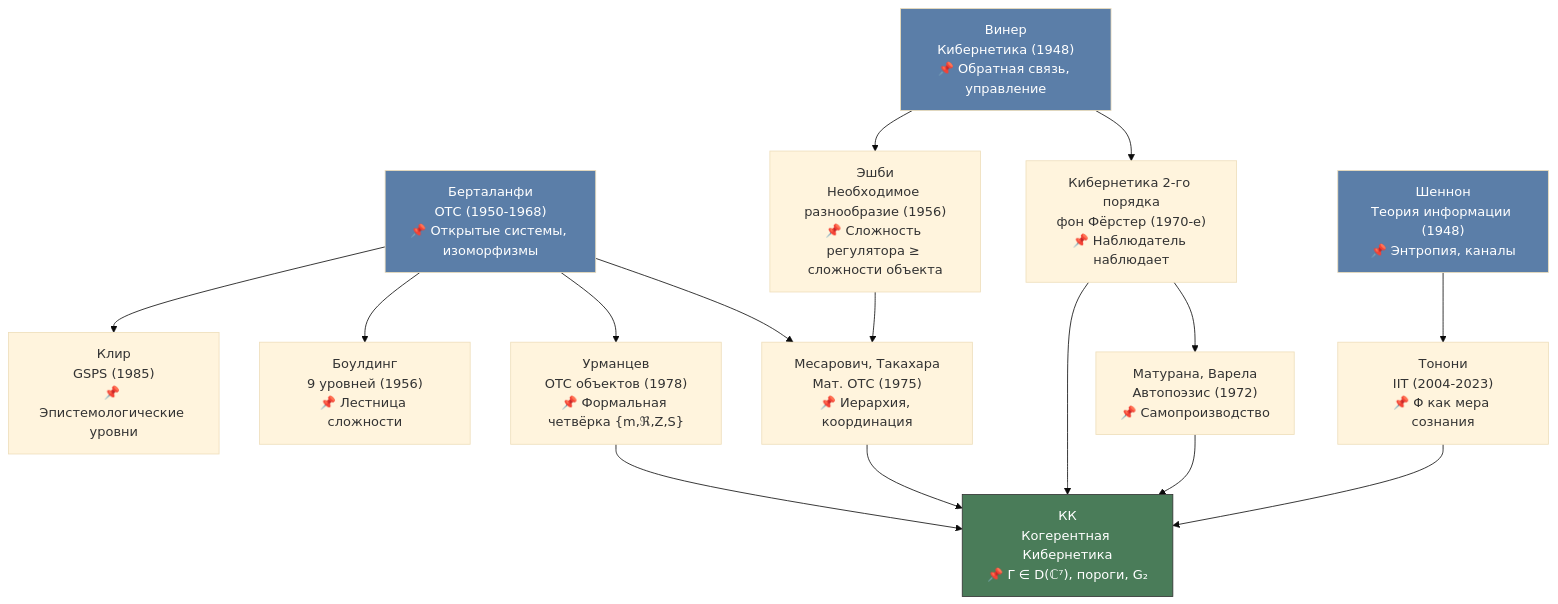
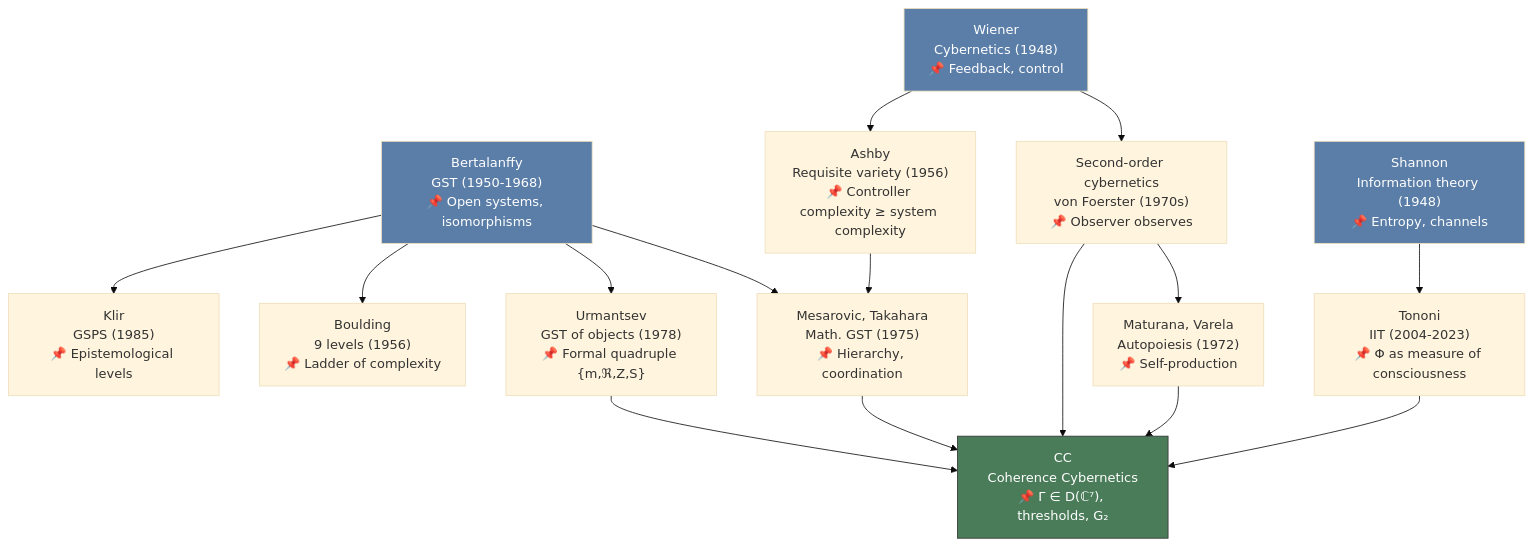
One commit to gst-st/uhm changed the first of 2 diagrams in website/docs/consciousness/comparative/general-systems-theory.md. Above: the diagram before and after it, drawn with Mermaid (base theme). The commit also changed other lines of this file and 79 other files, not shown here.

````diff
--- a/website/docs/consciousness/comparative/general-systems-theory.md
+++ b/website/docs/consciousness/comparative/general-systems-theory.md
@@ -198,22 +198,22 @@
 ```mermaid
 graph TD
-    A["Берталанфи<br/>ОТС (1950-1968)<br/>📌 Открытые системы, изоморфизмы"] --> D["Месарович, Такахара<br/>Мат. ОТС (1975)<br/>📌 Иерархия, координация"]
-    A --> E["Урманцев<br/>ОТС объектов (1978)<br/>📌 Формальная четвёрка {m,ℜ,Z,S}"]
-    B["Винер<br/>Кибернетика (1948)<br/>📌 Обратная связь, управление"] --> F["Кибернетика 2-го порядка<br/>фон Фёрстер (1970-е)<br/>📌 Наблюдатель наблюдает"]
-    B --> G["Эшби<br/>Необходимое разнообразие (1956)<br/>📌 Сложность регулятора ≥ сложности объекта"]
-    C["Шеннон<br/>Теория информации (1948)<br/>📌 Энтропия, каналы"] --> H["Тонони<br/>IIT (2004-2023)<br/>📌 Φ как мера сознания"]
-    F --> I["Матурана, Варела<br/>Автопоэзис (1972)<br/>📌 Самопроизводство"]
+    A["Bertalanffy<br/>GST (1950-1968)<br/>📌 Open systems, isomorphisms"] --> D["Mesarovic, Takahara<br/>Math. GST (1975)<br/>📌 Hierarchy, coordination"]
+    A --> E["Urmantsev<br/>GST of objects (1978)<br/>📌 Formal quadruple {m,ℜ,Z,S}"]
+    B["Wiener<br/>Cybernetics (1948)<br/>📌 Feedback, control"] --> F["Second-order cybernetics<br/>von Foerster (1970s)<br/>📌 Observer observes"]
+    B --> G["Ashby<br/>Requisite variety (1956)<br/>📌 Controller complexity ≥ system complexity"]
+    C["Shannon<br/>Information theory (1948)<br/>📌 Entropy, channels"] --> H["Tononi<br/>IIT (2004-2023)<br/>📌 Φ as measure of consciousness"]
+    F --> I["Maturana, Varela<br/>Autopoiesis (1972)<br/>📌 Self-production"]
     G --> D
-    A --> J["Боулдинг<br/>9 уровней (1956)<br/>📌 Лестница сложности"]
-    A --> K["Клир<br/>GSPS (1985)<br/>📌 Эпистемологические уровни"]
-    D --> L["КК<br/>Когерентная Кибернетика<br/>📌 Γ ∈ D(ℂ⁷), пороги, G₂"]
+    A --> J["Boulding<br/>9 levels (1956)<br/>📌 Ladder of complexity"]
+    A --> K["Klir<br/>GSPS (1985)<br/>📌 Epistemological levels"]
+    D --> L["CC<br/>Coherence Cybernetics<br/>📌 Γ ∈ D(ℂ⁷), thresholds, G₂"]
     E --> L
     F --> L
     H --> L
     I --> L
 
     style L fill:#4a7c59,color:#fff,stroke:#333
     style A fill:#5b7ea8,color:#fff
     style B fill:#5b7ea8,color:#fff
     style C fill:#5b7ea8,color:#fff
 ```
````
